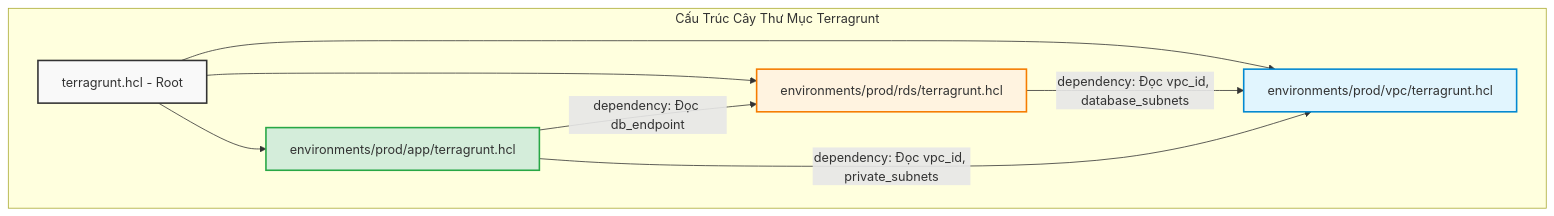
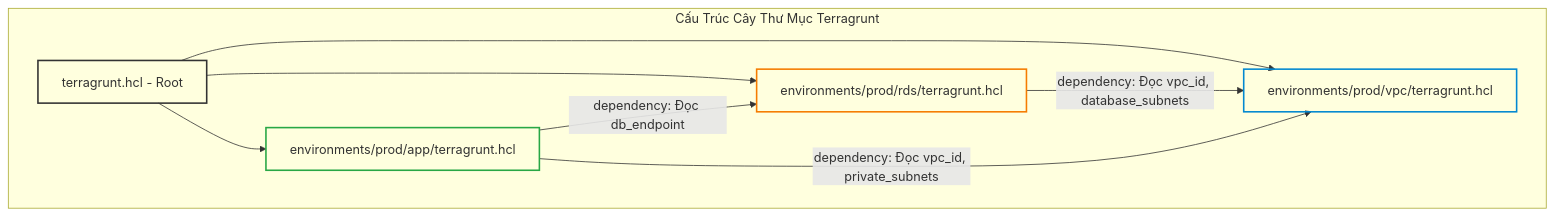
Before and after one commit to kiennt308/ntk: the second of 4 diagrams in _posts/2026-09-13-terraform-23-23-dry-terraform-voi-terragrunt-remote-state-inputs-va-dependencies.md, drawn with Mermaid. The commit also changed other lines of this file and 207 other files, not shown here.

Commit message:
feat(posts): batch standardize all 208 posts with TL;DR, qa-card accordion, fill:none mermaid, and liquid raw wrappers

````diff
--- a/_posts/2026-09-13-terraform-23-23-dry-terraform-voi-terragrunt-remote-state-inputs-va-dependencies.md
+++ b/_posts/2026-09-13-terraform-23-23-dry-terraform-voi-terragrunt-remote-state-inputs-va-dependencies.md
@@ -151,24 +155,24 @@
 ```mermaid
 graph TD
     subgraph Directory_Structure ["Cấu Trúc Cây Thư Mục Terragrunt"]
         ROOT["terragrunt.hcl - Root"]
         VPC["environments/prod/vpc/terragrunt.hcl"]
         RDS["environments/prod/rds/terragrunt.hcl"]
         APP["environments/prod/app/terragrunt.hcl"]
     end
 
     ROOT --> VPC
     ROOT --> RDS
     ROOT --> APP
 
     RDS -->|dependency: Đọc vpc_id, database_subnets| VPC
     APP -->|dependency: Đọc vpc_id, private_subnets| VPC
     APP -->|dependency: Đọc db_endpoint| RDS
 
-    style ROOT fill:#f9f9f9,stroke:#333,stroke-width:2px
-    style VPC fill:#e1f5fe,stroke:#0288d1,stroke-width:2px
-    style RDS fill:#fff3e0,stroke:#f57c00,stroke-width:2px
-    style APP fill:#d4edda,stroke:#28a745,stroke-width:2px
+    style ROOT fill:none,stroke:#333,stroke-width:2px
+    style VPC fill:none,stroke:#0288d1,stroke-width:2px
+    style RDS fill:none,stroke:#f57c00,stroke-width:2px
+    style APP fill:none,stroke:#28a745,stroke-width:2px
 
 
 ```
````
